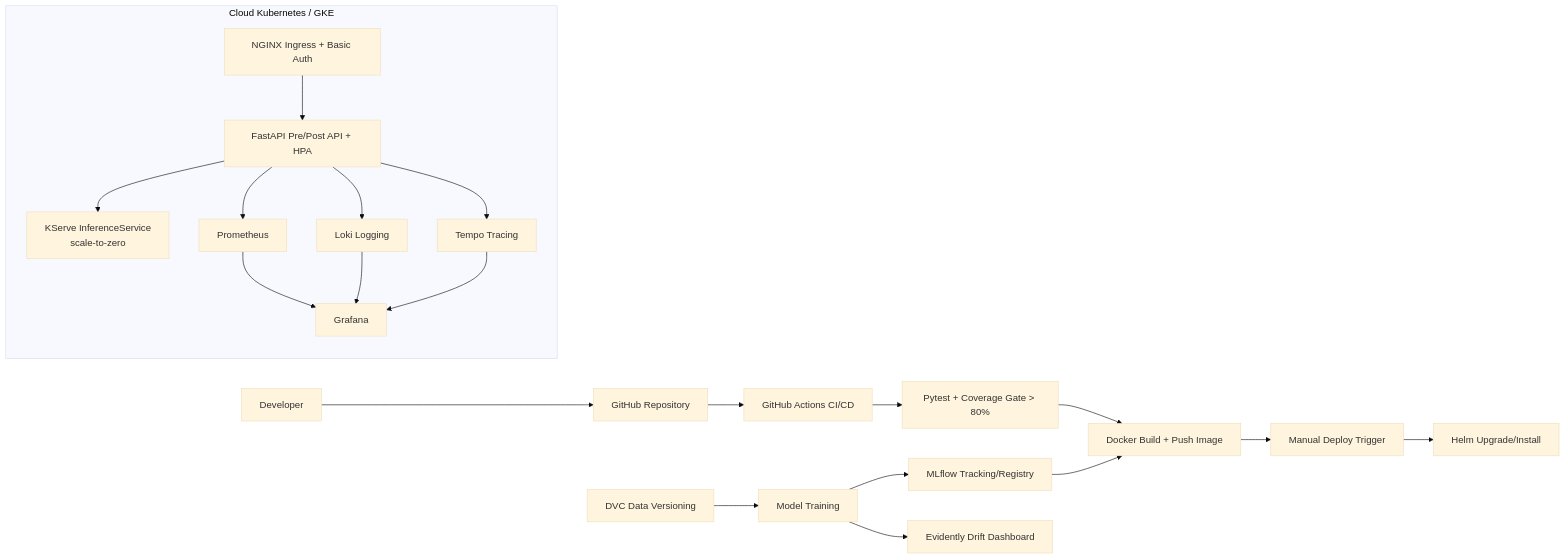
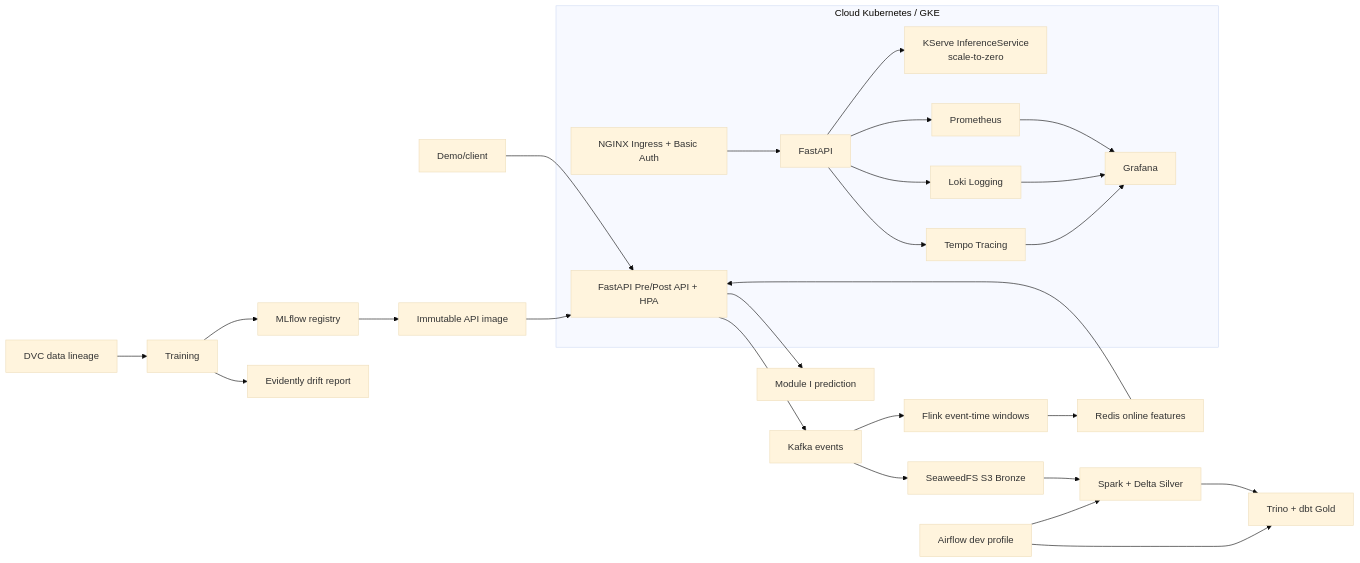
Before and after one commit to nhatminh06/personal-cognitive-load-monitor: the diagram in README.md, drawn with Mermaid (base theme). The commit also changed other lines of this file and 87 other files, not shown here.

First line of the commit message:
feat(module2): harden data engineering and security boundaries (#6)

````diff
--- a/README.md
+++ b/README.md
@@ -148,32 +155,39 @@
 ```mermaid
 flowchart LR
-    Dev[Developer] --> GitHub[GitHub Repository]
-    GitHub --> CI[GitHub Actions CI/CD]
-    CI --> Test[Pytest + Coverage Gate > 80%]
-    Test --> Build[Docker Build + Push Image]
-    Build --> Manual[Manual Deploy Trigger]
-    Manual --> Helm[Helm Upgrade/Install]
+    Browser[Demo/client] --> API[FastAPI]
+    API --> Predict[Module I prediction]
+    API --> Kafka[Kafka events]
+    Kafka --> Bronze[SeaweedFS S3 Bronze]
+    Bronze --> Spark[Spark + Delta Silver]
+    Spark --> Trino[Trino + dbt Gold]
+    Airflow[Airflow dev profile] --> Spark
+    Airflow --> Trino
+    Kafka --> Flink[Flink event-time windows]
+    Flink --> Redis[Redis online features]
+    Redis --> API
+
+    DVC[DVC data lineage] --> Train[Training]
+    Train --> MLflow[MLflow registry]
+    MLflow --> Image[Immutable API image]
+    Image --> API
 
     subgraph GKE[Cloud Kubernetes / GKE]
         NGINX[NGINX Ingress + Basic Auth]
         API[FastAPI Pre/Post API + HPA]
         KServe[KServe InferenceService\nscale-to-zero]
         Prom[Prometheus]
         Grafana[Grafana]
         Loki[Loki Logging]
         Tempo[Tempo Tracing]
-        NGINX --> API
-        API --> KServe
-        API --> Prom
-        API --> Loki
-        API --> Tempo
+        NGINX --> CloudAPI[FastAPI]
+        CloudAPI --> KServe
+        CloudAPI --> Prom
+        CloudAPI --> Loki
+        CloudAPI --> Tempo
         Prom --> Grafana
         Loki --> Grafana
         Tempo --> Grafana
     end
 
-    DVC[DVC Data Versioning] --> Train[Model Training]
-    Train --> MLflow[MLflow Tracking/Registry]
-    MLflow --> Build
-    Train --> Evidently[Evidently Drift Dashboard]
+    Train --> Evidently[Evidently drift report]
 ```
````
